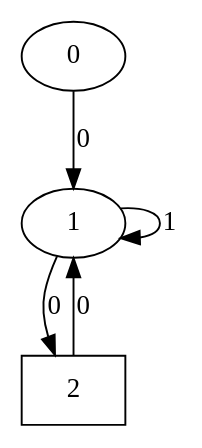
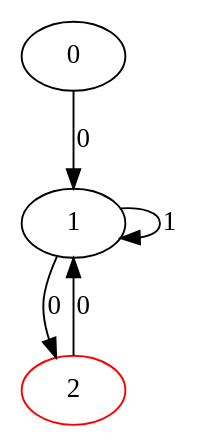
One commit to fedjakova-anastasija/TofAandFL changed the diagram in det/det/output.dot. Above: the diagram before and after it, drawn with Graphviz. The commit also changed 25 other files, not shown here.

```diff
--- a/det/det/output.dot
+++ b/det/det/output.dot
@@ -1,9 +1,9 @@
 digraph DeterminatedStateMachine {
 0
 1
-2 [shape = box]
+2 [color = red]
 	0->1[label=0]
 	1->2[label=0]
 	1->1[label=1]
 	2->1[label=0]
 }
```
